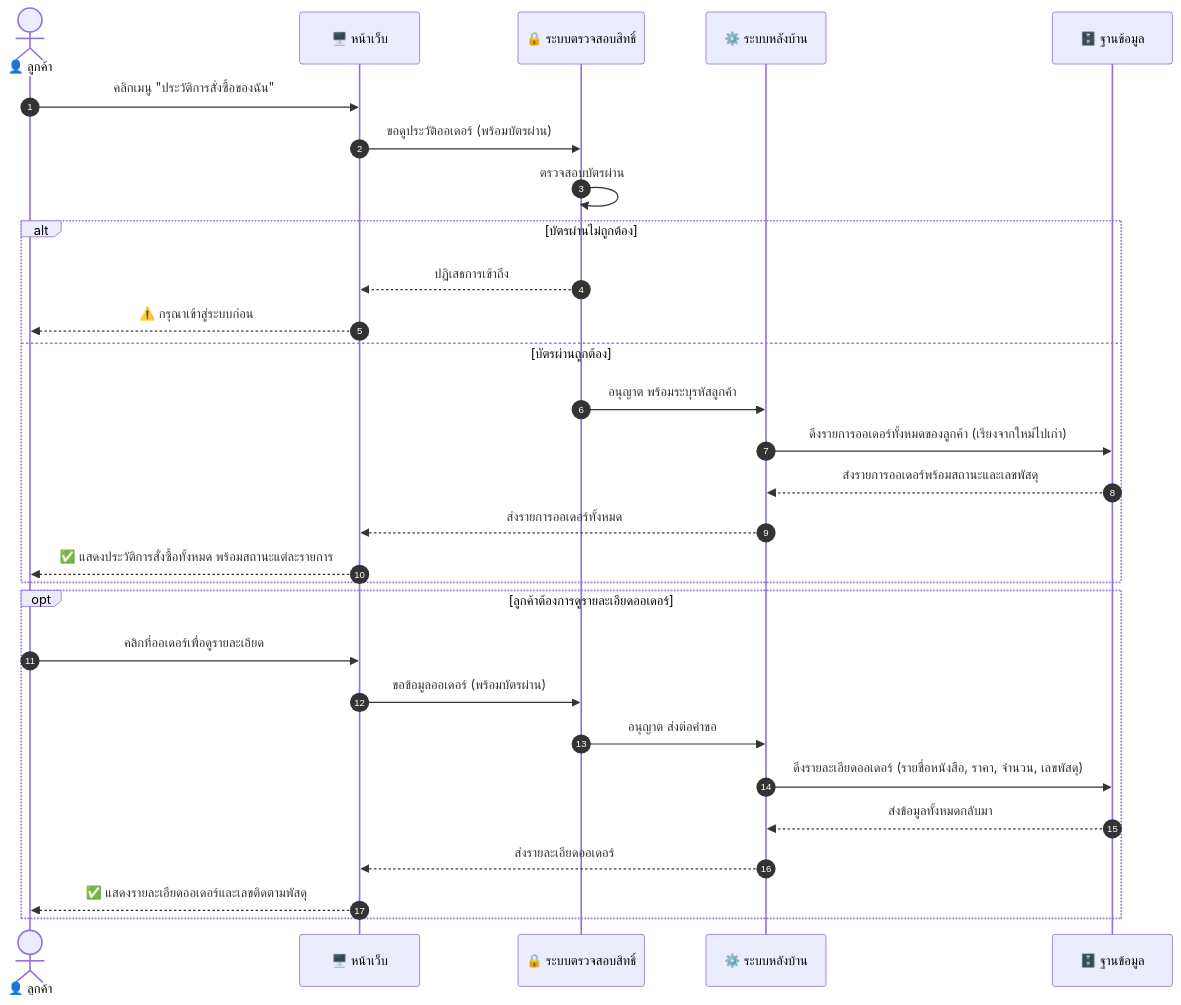
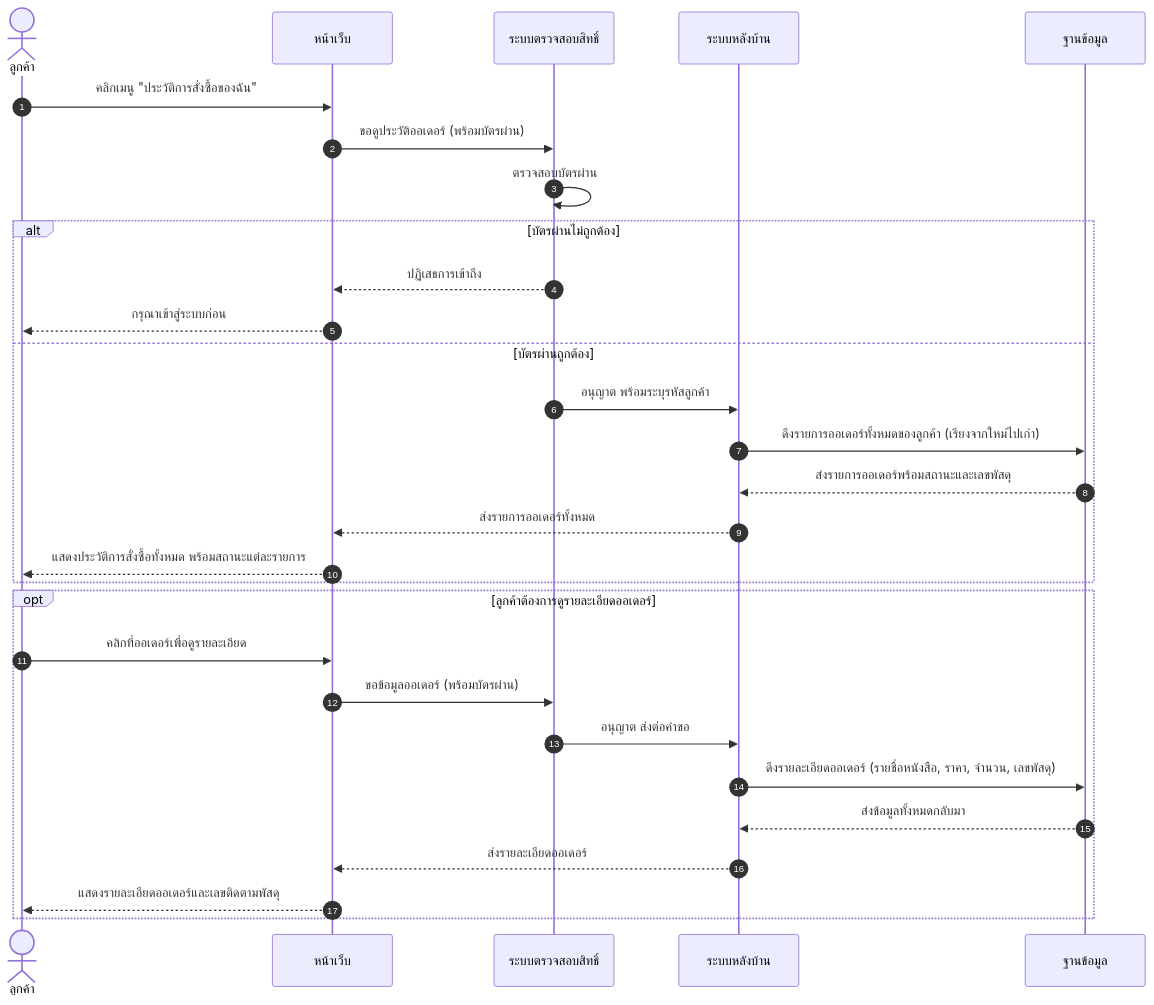
The eighth of 15 diagrams in diagram/Diagram.md (SupvichSpuGM/online-bookstore), drawn with Mermaid before and after one commit. The commit also changed other lines of this file and 1 other file, not shown here.

````diff
--- a/diagram/Diagram.md
+++ b/diagram/Diagram.md
@@ -491,33 +504,33 @@
 ```mermaid
 sequenceDiagram
-    autonumber
-    actor Customer as 👤 ลูกค้า
-    participant Web as 🖥️ หน้าเว็บ
-    participant Guard as 🔒 ระบบตรวจสอบสิทธิ์
-    participant App as ⚙️ ระบบหลังบ้าน
-    participant DB as 🗄️ ฐานข้อมูล
+  autonumber
+  actor Customer as ลูกค้า
+  participant Web as หน้าเว็บ
+  participant Guard as ระบบตรวจสอบสิทธิ์
+  participant App as ระบบหลังบ้าน
+  participant DB as ฐานข้อมูล
 
-    Customer->>Web: คลิกเมนู "ประวัติการสั่งซื้อของฉัน"
-    Web->>Guard: ขอดูประวัติออเดอร์ (พร้อมบัตรผ่าน)
-    Guard->>Guard: ตรวจสอบบัตรผ่าน
-    alt บัตรผ่านไม่ถูกต้อง
-        Guard-->>Web: ปฏิเสธการเข้าถึง
-        Web-->>Customer: ⚠️ กรุณาเข้าสู่ระบบก่อน
-    else บัตรผ่านถูกต้อง
-        Guard->>App: อนุญาต พร้อมระบุรหัสลูกค้า
-        App->>DB: ดึงรายการออเดอร์ทั้งหมดของลูกค้า (เรียงจากใหม่ไปเก่า)
-        DB-->>App: ส่งรายการออเดอร์พร้อมสถานะและเลขพัสดุ
-        App-->>Web: ส่งรายการออเดอร์ทั้งหมด
-        Web-->>Customer: ✅ แสดงประวัติการสั่งซื้อทั้งหมด พร้อมสถานะแต่ละรายการ
-    end
+  Customer->>Web: คลิกเมนู "ประวัติการสั่งซื้อของฉัน"
+  Web->>Guard: ขอดูประวัติออเดอร์ (พร้อมบัตรผ่าน)
+  Guard->>Guard: ตรวจสอบบัตรผ่าน
+  alt บัตรผ่านไม่ถูกต้อง
+    Guard-->>Web: ปฏิเสธการเข้าถึง
+    Web-->>Customer: กรุณาเข้าสู่ระบบก่อน
+  else บัตรผ่านถูกต้อง
+    Guard->>App: อนุญาต พร้อมระบุรหัสลูกค้า
+    App->>DB: ดึงรายการออเดอร์ทั้งหมดของลูกค้า (เรียงจากใหม่ไปเก่า)
+    DB-->>App: ส่งรายการออเดอร์พร้อมสถานะและเลขพัสดุ
+    App-->>Web: ส่งรายการออเดอร์ทั้งหมด
+    Web-->>Customer: แสดงประวัติการสั่งซื้อทั้งหมด พร้อมสถานะแต่ละรายการ
+  end
 
-    opt ลูกค้าต้องการดูรายละเอียดออเดอร์
-        Customer->>Web: คลิกที่ออเดอร์เพื่อดูรายละเอียด
-        Web->>Guard: ขอข้อมูลออเดอร์ (พร้อมบัตรผ่าน)
-        Guard->>App: อนุญาต ส่งต่อคำขอ
-        App->>DB: ดึงรายละเอียดออเดอร์ (รายชื่อหนังสือ, ราคา, จำนวน, เลขพัสดุ)
-        DB-->>App: ส่งข้อมูลทั้งหมดกลับมา
-        App-->>Web: ส่งรายละเอียดออเดอร์
-        Web-->>Customer: ✅ แสดงรายละเอียดออเดอร์และเลขติดตามพัสดุ
-    end
+  opt ลูกค้าต้องการดูรายละเอียดออเดอร์
+    Customer->>Web: คลิกที่ออเดอร์เพื่อดูรายละเอียด
+    Web->>Guard: ขอข้อมูลออเดอร์ (พร้อมบัตรผ่าน)
+    Guard->>App: อนุญาต ส่งต่อคำขอ
+    App->>DB: ดึงรายละเอียดออเดอร์ (รายชื่อหนังสือ, ราคา, จำนวน, เลขพัสดุ)
+    DB-->>App: ส่งข้อมูลทั้งหมดกลับมา
+    App-->>Web: ส่งรายละเอียดออเดอร์
+    Web-->>Customer: แสดงรายละเอียดออเดอร์และเลขติดตามพัสดุ
+  end
 ```
````
